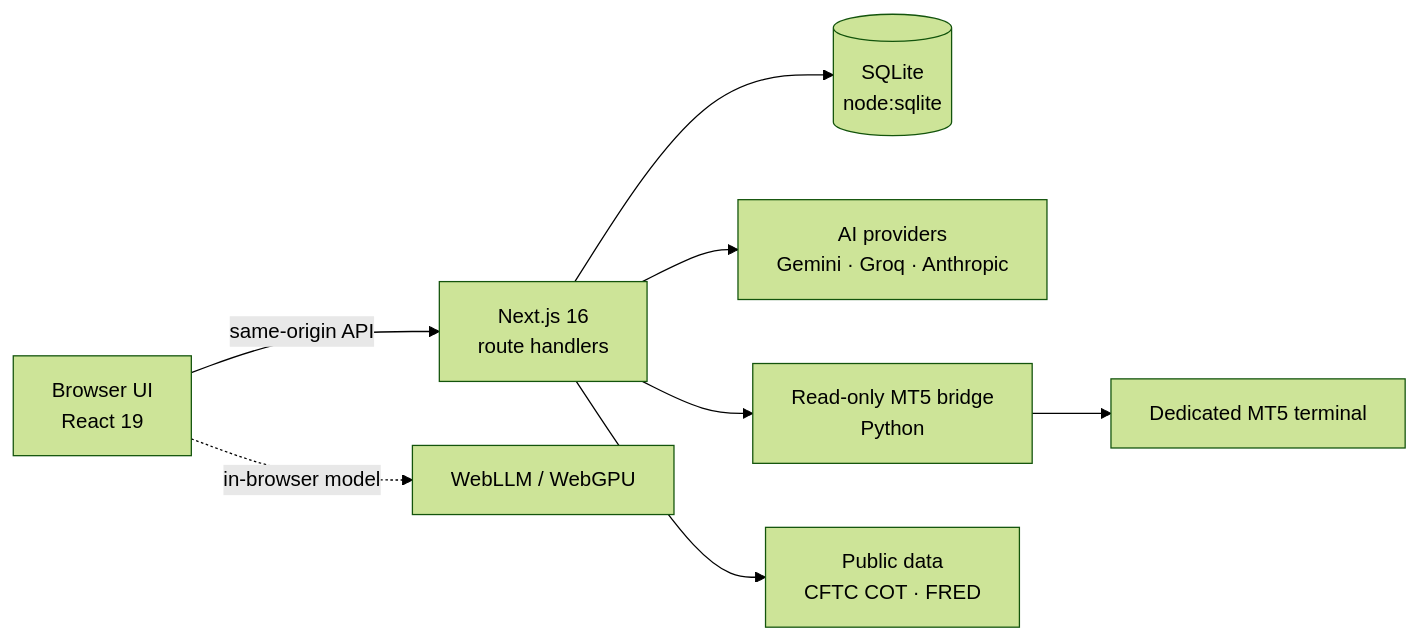
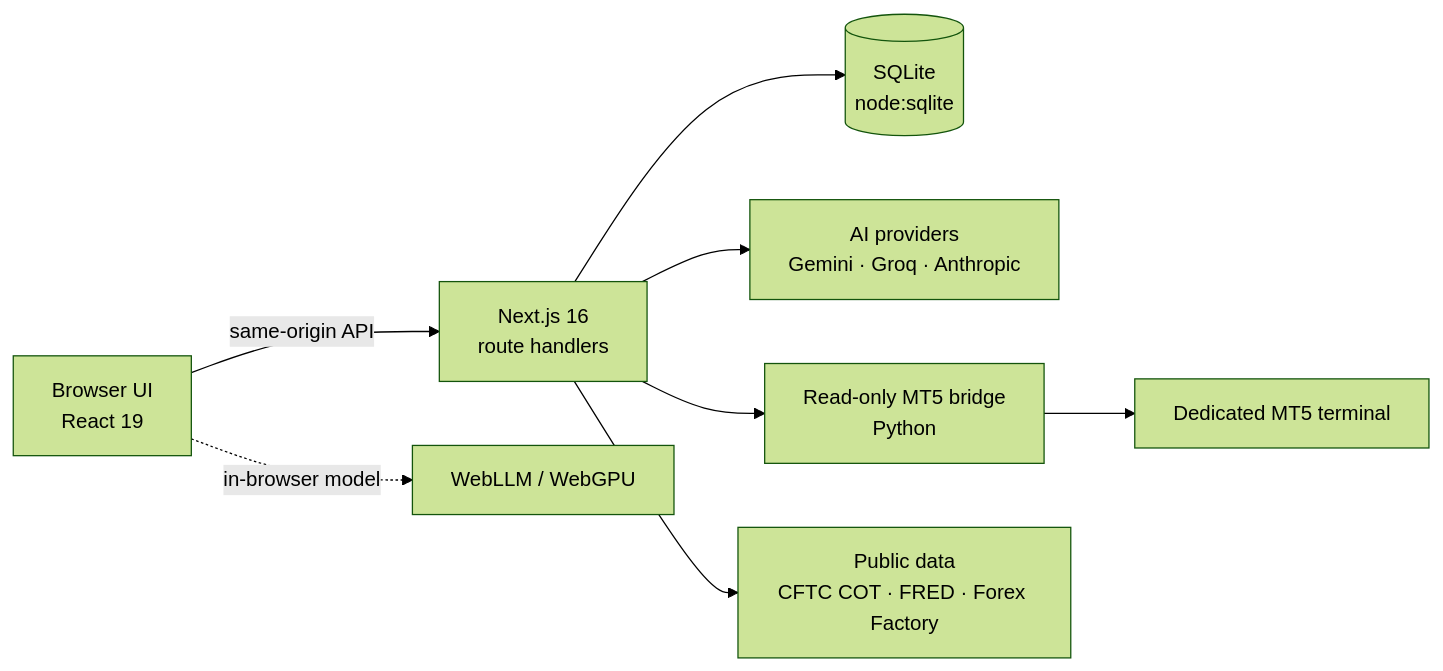
The diagram in README.md (byabdulrehmann/trading-journal), drawn with Mermaid (forest theme) before and after one commit. The commit also changed other lines of this file, not shown here.

````diff
--- a/README.md
+++ b/README.md
@@ -71,10 +83,10 @@
 ```mermaid
 flowchart LR
   B[Browser UI<br/>React 19] -->|same-origin API| N[Next.js 16<br/>route handlers]
   N --> D[(SQLite<br/>node:sqlite)]
   N --> A[AI providers<br/>Gemini · Groq · Anthropic]
   B -. in-browser model .-> W[WebLLM / WebGPU]
   N --> M[Read-only MT5 bridge<br/>Python]
   M --> T[Dedicated MT5 terminal]
-  N --> P[Public data<br/>CFTC COT · FRED]
+  N --> P[Public data<br/>CFTC COT · FRED · Forex Factory]
 ```
````
